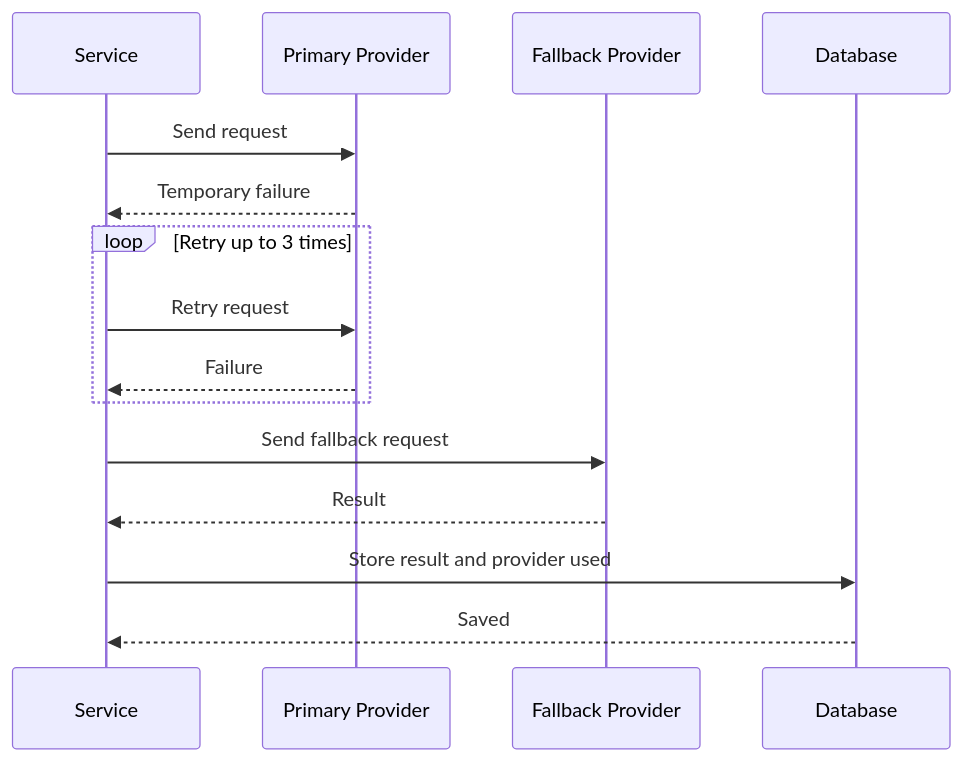
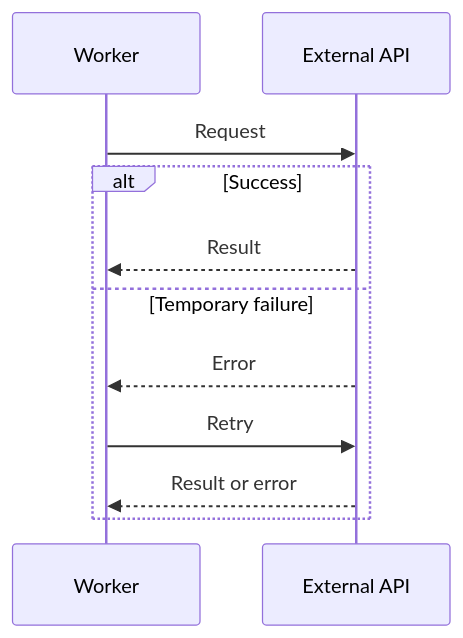
Before and after one commit to stefanrossmeier/ai-craftkit: the fifth of 6 diagrams in skills/mermaiddoc/examples/mermaiddoc-examples.md, drawn with Mermaid. The commit also changed other lines of this file and 23 other files, not shown here.

````diff
--- a/skills/mermaiddoc/examples/mermaiddoc-examples.md
+++ b/skills/mermaiddoc/examples/mermaiddoc-examples.md
@@ -316,18 +60,14 @@
 ```mermaid
 sequenceDiagram
-    participant Service
-    participant Provider as Primary Provider
-    participant Fallback as Fallback Provider
-    participant DB as Database
+    participant W as Worker
+    participant E as External API
 
-    Service->>Provider: Send request
-    Provider-->>Service: Temporary failure
-    loop Retry up to 3 times
-        Service->>Provider: Retry request
-        Provider-->>Service: Failure
+    W->>E: Request
+    alt Success
+        E-->>W: Result
+    else Temporary failure
+        E-->>W: Error
+        W->>E: Retry
+        E-->>W: Result or error
     end
-    Service->>Fallback: Send fallback request
-    Fallback-->>Service: Result
-    Service->>DB: Store result and provider used
-    DB-->>Service: Saved
 ```
````
